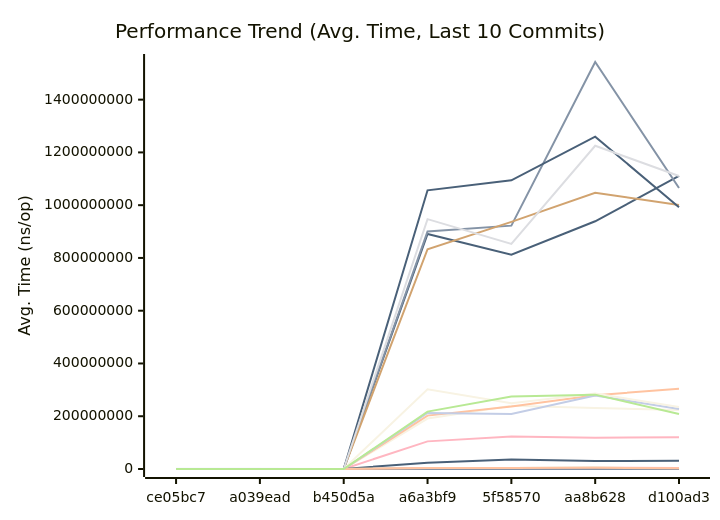
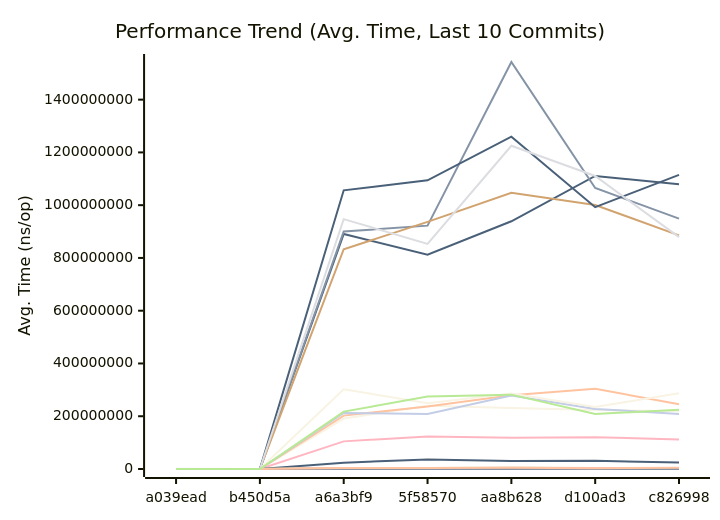
Before and after one commit to alsotoes/momo: the first of 3 diagrams in docs/PERFORMANCE.md, drawn with Mermaid. The commit also changed other lines of this file and 2 other files, not shown here.

````diff
--- a/docs/PERFORMANCE.md
+++ b/docs/PERFORMANCE.md
@@ -252,42 +252,42 @@
 ```mermaid
 xychart-beta
     title "Performance Trend (Avg. Time, Last 10 Commits)"
     x-axis "Commit"
     y-axis "Avg. Time (ns/op)"
-    x-axis [ce05bc7,a039ead,b450d5a,a6a3bf9,5f58570,aa8b628,d100ad3]
-    line "AWSChunkedReaderSigned" [488574,498069,465911,433775,468904,508062,513734,453907,508785,905557]
-    line "AWSChunkedReaderUnsigned" [429659,468690,435995,410570,459580,513068,555370,434075,493616,894454]
-    line "CheckMetricsAndSwap" [8,11,8,8,8,10,10,10,9,15]
-    line "CrushOptimized" [363,314,313,296,324,395,388,377,359,624]
-    line "CrushOriginal" [434,468,438,389,424,500,510,457,482,891]
-    line "FormatListObjectsV2XML_AppendFormat" [0,0,0,585500,632895,781453,825885,607733,755798,1466071]
-    line "FormatListObjectsV2XML_OldFormat" [0,0,0,385936,392685,437988,457438,384420,452349,876006]
-    line "HashBytes/1MiB" [0,0,0,2943044,3455198,4083758,3234966,3413080,3456264,5810430]
-    line "HashBytes/256MiB" [0,0,0,890920045,812286372,938923522,1110812216,1079738977,975610814,1722861401]
-    line "HashBytes/64MiB" [0,0,0,191159849,239861268,230821474,223678991,219197938,219466744,396388379]
-    line "HashFile/1MiB" [0,0,0,3438255,3866812,3929226,4016890,4018511,4015638,6883319]
-    line "HashFile/256MiB" [0,0,0,900152012,922386758,1542681975,1065256239,948781835,970019312,1664168720]
-    line "HashFile/64MiB" [0,0,0,202378726,236988193,279832912,304125965,245379512,268034657,434196622]
-    line "IndexDirectTracking" [0,0,0,0,0,0,1,0,0,1]
-    line "IndexSearch" [2,2,2,3,3,3,3,2,2,4]
-    line "LoadGlobalConfig" [8353,9052,8987,8373,9135,11430,10521,10213,10358,20717]
-    line "LocalWrite/1MiB" [0,0,0,386344,535333,623012,523182,386063,1014308,861821]
-    line "LocalWrite/256MiB" [0,0,0,104739454,123322682,118227363,120742842,111644085,120805038,188719012]
-    line "LocalWrite/64MiB" [0,0,0,24065226,35686954,30222165,31091015,24172266,30061816,44391316]
-    line "PadString" [42,47,44,41,47,91,57,43,54,108]
+    x-axis [a039ead,b450d5a,a6a3bf9,5f58570,aa8b628,d100ad3,c826998]
+    line "AWSChunkedReaderSigned" [498069,465911,433775,468904,508062,513734,453907,508785,905557,534318]
+    line "AWSChunkedReaderUnsigned" [468690,435995,410570,459580,513068,555370,434075,493616,894454,593403]
+    line "CheckMetricsAndSwap" [11,8,8,8,10,10,10,9,15,11]
+    line "CrushOptimized" [314,313,296,324,395,388,377,359,624,439]
+    line "CrushOriginal" [468,438,389,424,500,510,457,482,891,591]
+    line "FormatListObjectsV2XML_AppendFormat" [0,0,585500,632895,781453,825885,607733,755798,1466071,913648]
+    line "FormatListObjectsV2XML_OldFormat" [0,0,385936,392685,437988,457438,384420,452349,876006,527726]
+    line "HashBytes/1MiB" [0,0,2943044,3455198,4083758,3234966,3413080,3456264,5810430,3924626]
+    line "HashBytes/256MiB" [0,0,890920045,812286372,938923522,1110812216,1079738977,975610814,1722861401,1334138916]
+    line "HashBytes/64MiB" [0,0,191159849,239861268,230821474,223678991,219197938,219466744,396388379,282406448]
+    line "HashFile/1MiB" [0,0,3438255,3866812,3929226,4016890,4018511,4015638,6883319,4730225]
+    line "HashFile/256MiB" [0,0,900152012,922386758,1542681975,1065256239,948781835,970019312,1664168720,1110334520]
+    line "HashFile/64MiB" [0,0,202378726,236988193,279832912,304125965,245379512,268034657,434196622,280320210]
+    line "IndexDirectTracking" [0,0,0,0,0,1,0,0,1,1]
+    line "IndexSearch" [2,2,3,3,3,3,2,2,4,2]
+    line "LoadGlobalConfig" [9052,8987,8373,9135,11430,10521,10213,10358,20717,13477]
+    line "LocalWrite/1MiB" [0,0,386344,535333,623012,523182,386063,1014308,861821,620083]
+    line "LocalWrite/256MiB" [0,0,104739454,123322682,118227363,120742842,111644085,120805038,188719012,163107200]
+    line "LocalWrite/64MiB" [0,0,24065226,35686954,30222165,31091015,24172266,30061816,44391316,34009604]
+    line "PadString" [47,44,41,47,91,57,43,54,108,74]
     line "ParseReplicationOrder_NoPrealloc" [350,349,357,354,345,225,229,165,232,234]
     line "ParseReplicationOrder_Prealloc" [229,231,237,234,229,108,107,80,110,109]
-    line "Placement" [0,0,0,4402,4818,5406,5565,5457,4982,9769]
-    line "PlacementDomainSpread" [0,0,0,4713,5072,5712,5726,5715,5363,10254]
-    line "ReadVerify/1MiB" [0,0,0,3322226,4158622,4423216,3880705,3695998,3063023,6669899]
-    line "ReadVerify/256MiB" [0,0,0,833047448,936726754,1047336519,1000480549,885690851,923410779,1681161525]
-    line "ReadVerify/64MiB" [0,0,0,212456699,208430448,278276063,227817182,208677144,236746582,475503443]
-    line "S3PutSpool/1MiB" [0,0,0,3659136,3725511,4622411,4130137,3968364,5120338,8098804]
-    line "S3PutSpool/256MiB" [0,0,0,1056311038,1094320670,1259669614,992342042,1114984906,1033132692,2014620633]
-    line "S3PutSpool/64MiB" [0,0,0,302092155,249542876,286259711,234949006,287125834,255515959,504549456]
-    line "SanitizeLog/Safe" [243,248,275,222,246,264,286,222,310,494]
-    line "SanitizeLog/Unsafe" [698,749,710,674,741,900,848,591,715,1256]
-    line "TrustedRead/1MiB" [0,0,0,3530931,3629261,4639890,3222989,4353885,3601064,7771585]
-    line "TrustedRead/256MiB" [0,0,0,947127786,853259220,1225064259,1110598924,879089092,1160948664,2001362379]
-    line "TrustedRead/64MiB" [0,0,0,217573714,274674598,281874202,208613545,224760418,288480214,466675929]
+    line "Placement" [0,0,4402,4818,5406,5565,5457,4982,9769,7169]
+    line "PlacementDomainSpread" [0,0,4713,5072,5712,5726,5715,5363,10254,7367]
+    line "ReadVerify/1MiB" [0,0,3322226,4158622,4423216,3880705,3695998,3063023,6669899,5893653]
+    line "ReadVerify/256MiB" [0,0,833047448,936726754,1047336519,1000480549,885690851,923410779,1681161525,1292102083]
+    line "ReadVerify/64MiB" [0,0,212456699,208430448,278276063,227817182,208677144,236746582,475503443,368423405]
+    line "S3PutSpool/1MiB" [0,0,3659136,3725511,4622411,4130137,3968364,5120338,8098804,5792248]
+    line "S3PutSpool/256MiB" [0,0,1056311038,1094320670,1259669614,992342042,1114984906,1033132692,2014620633,1552306291]
+    line "S3PutSpool/64MiB" [0,0,302092155,249542876,286259711,234949006,287125834,255515959,504549456,376146327]
+    line "SanitizeLog/Safe" [248,275,222,246,264,286,222,310,494,332]
+    line "SanitizeLog/Unsafe" [749,710,674,741,900,848,591,715,1256,854]
+    line "TrustedRead/1MiB" [0,0,3530931,3629261,4639890,3222989,4353885,3601064,7771585,4314592]
+    line "TrustedRead/256MiB" [0,0,947127786,853259220,1225064259,1110598924,879089092,1160948664,2001362379,1265914846]
+    line "TrustedRead/64MiB" [0,0,217573714,274674598,281874202,208613545,224760418,288480214,466675929,361331755]
 ```
````
